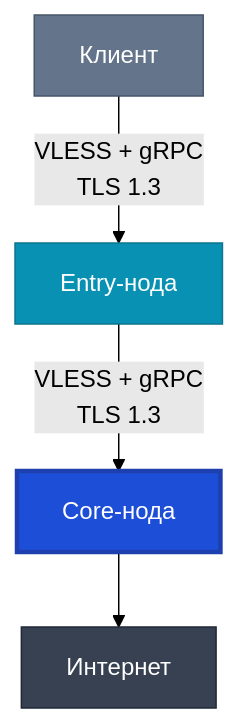
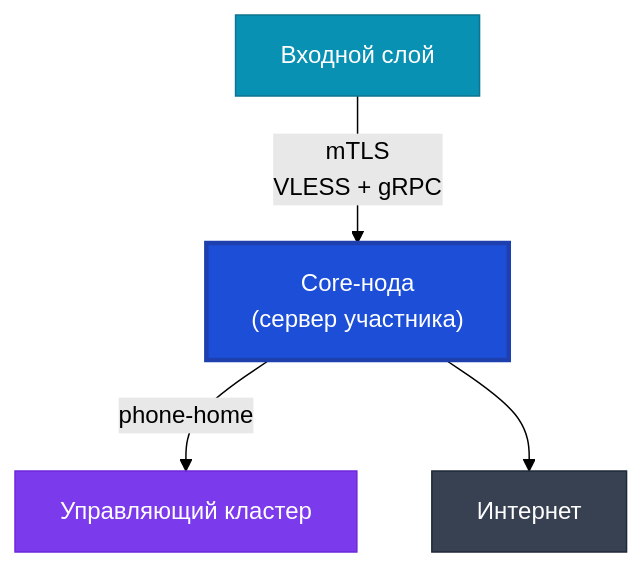
Before and after one commit to SigilGate/SigilGate.github.io: the diagram in content/docs/nodes/core.md, drawn with Mermaid (forest theme). The commit also changed other lines of this file and 27 other files, not shown here.

```diff
--- a/content/docs/nodes/core.md
+++ b/content/docs/nodes/core.md
@@ -15,16 +15,16 @@
 {{< mermaid >}}
 graph TD
-    Client["Клиент"]
-    Entry["Entry-нода"]
-    Core["Core-нода"]
+    Entry["Входной слой"]
+    Core["Core-нода\n(сервер участника)"]
+    Mgmt["Управляющий кластер"]
     Internet["Интернет"]
 
-    Client -->|"VLESS + gRPC<br/>TLS 1.3"| Entry
-    Entry -->|"VLESS + gRPC<br/>TLS 1.3"| Core
+    Entry -->|"mTLS\nVLESS + gRPC"| Core
+    Core -->|"phone-home"| Mgmt
     Core --> Internet
 
     style Core fill:#1d4ed8,color:#fff,stroke:#1e40af,stroke-width:3px
-    style Client fill:#64748b,color:#fff,stroke:#475569
     style Entry fill:#0891b2,color:#fff,stroke:#0e7490
+    style Mgmt fill:#7c3aed,color:#fff,stroke:#6d28d9
     style Internet fill:#374151,color:#fff,stroke:#1f2937
 {{< /mermaid >}}
```
